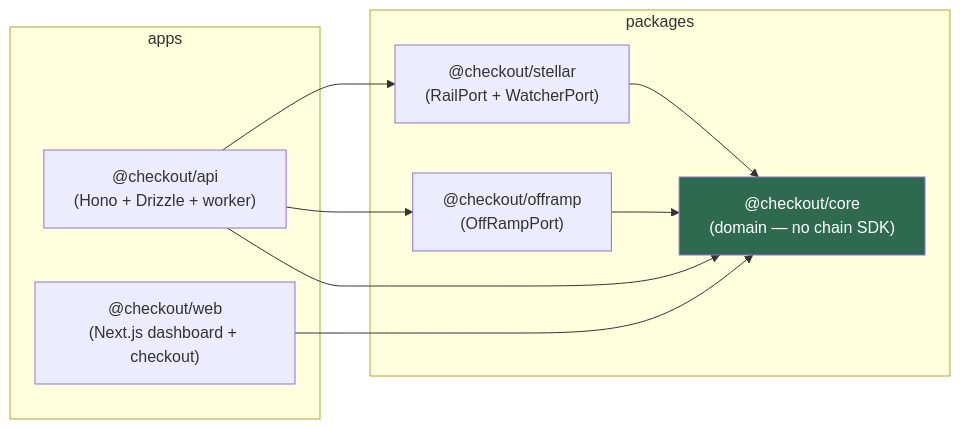
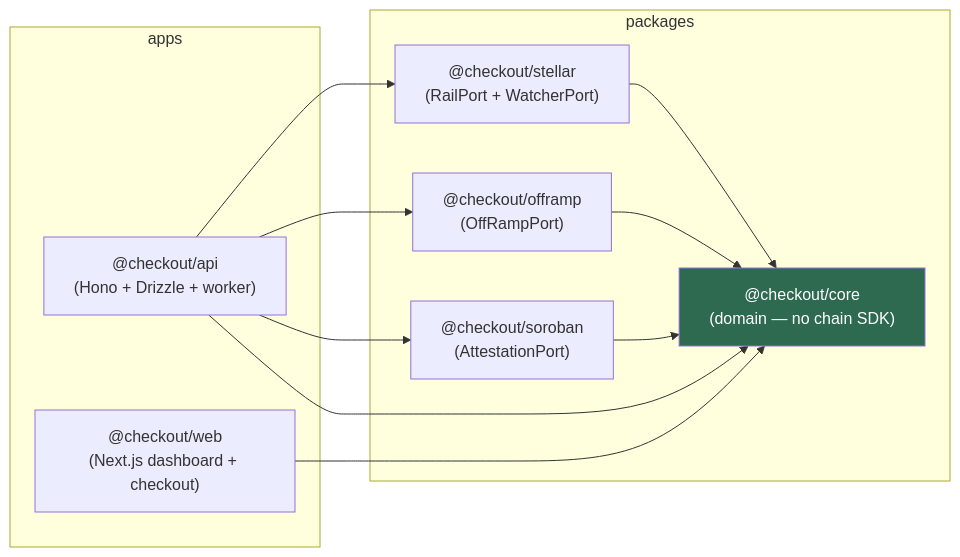
The first of 6 diagrams in docs/ARCHITECTURE.md (Appsoft1000/Quay), drawn with Mermaid before and after one commit. The commit also changed other lines of this file and 2 other files, not shown here.

First line of the commit message:
docs: attestation port, runbook procedure, and the config surface

````diff
--- a/docs/ARCHITECTURE.md
+++ b/docs/ARCHITECTURE.md
@@ -13,21 +13,24 @@
 ```mermaid
 graph LR
   subgraph packages
     core["@checkout/core<br/>(domain — no chain SDK)"]
     stellar["@checkout/stellar<br/>(RailPort + WatcherPort)"]
     offramp["@checkout/offramp<br/>(OffRampPort)"]
+    soroban["@checkout/soroban<br/>(AttestationPort)"]
   end
   subgraph apps
     api["@checkout/api<br/>(Hono + Drizzle + worker)"]
     web["@checkout/web<br/>(Next.js dashboard + checkout)"]
   end
 
   stellar --> core
   offramp --> core
+  soroban --> core
   api --> core
   api --> stellar
   api --> offramp
+  api --> soroban
   web --> core
 
   style core fill:#2d6a4f,color:#fff
 ```
````
